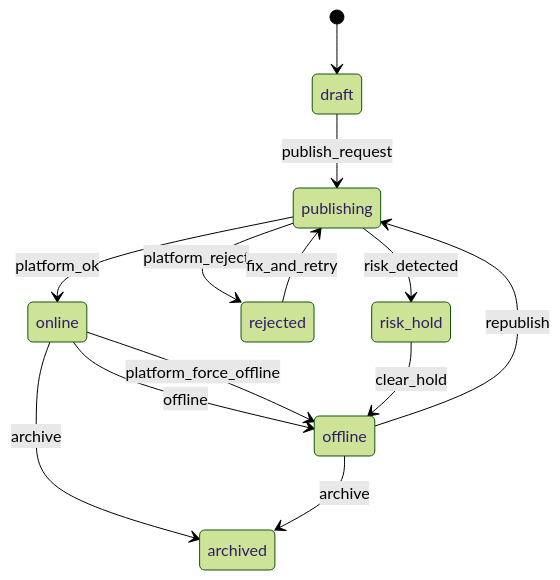
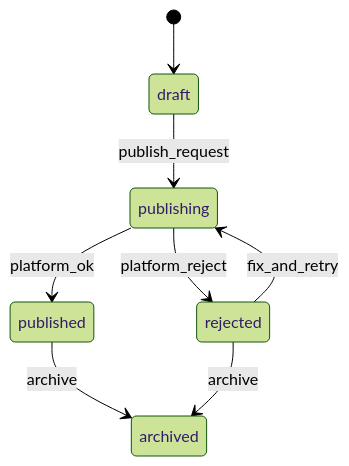
Before and after one commit to zzzfan008-rgb/DS-Agent: the sixth of 8 diagrams in docs/06-领域模型与数据字典.md, drawn with Mermaid (forest theme). The commit also changed other lines of this file and 74 other files, not shown here.

First line of the commit message:
feat: M1 骨架、Postgres schema 与方案文档集

````diff
--- a/docs/06-领域模型与数据字典.md
+++ b/docs/06-领域模型与数据字典.md
@@ -424,15 +423,10 @@
 ```mermaid
 stateDiagram-v2
   [*] --> draft
   draft --> publishing : publish_request
-  publishing --> online : platform_ok
+  publishing --> published : platform_ok
   publishing --> rejected : platform_reject
-  publishing --> risk_hold : risk_detected
-  online --> offline : offline
-  online --> offline : platform_force_offline
-  offline --> publishing : republish
+  published --> archived : archive
   rejected --> publishing : fix_and_retry
-  risk_hold --> offline : clear_hold
-  online --> archived : archive
-  offline --> archived : archive
+  rejected --> archived : archive
 ```
````
